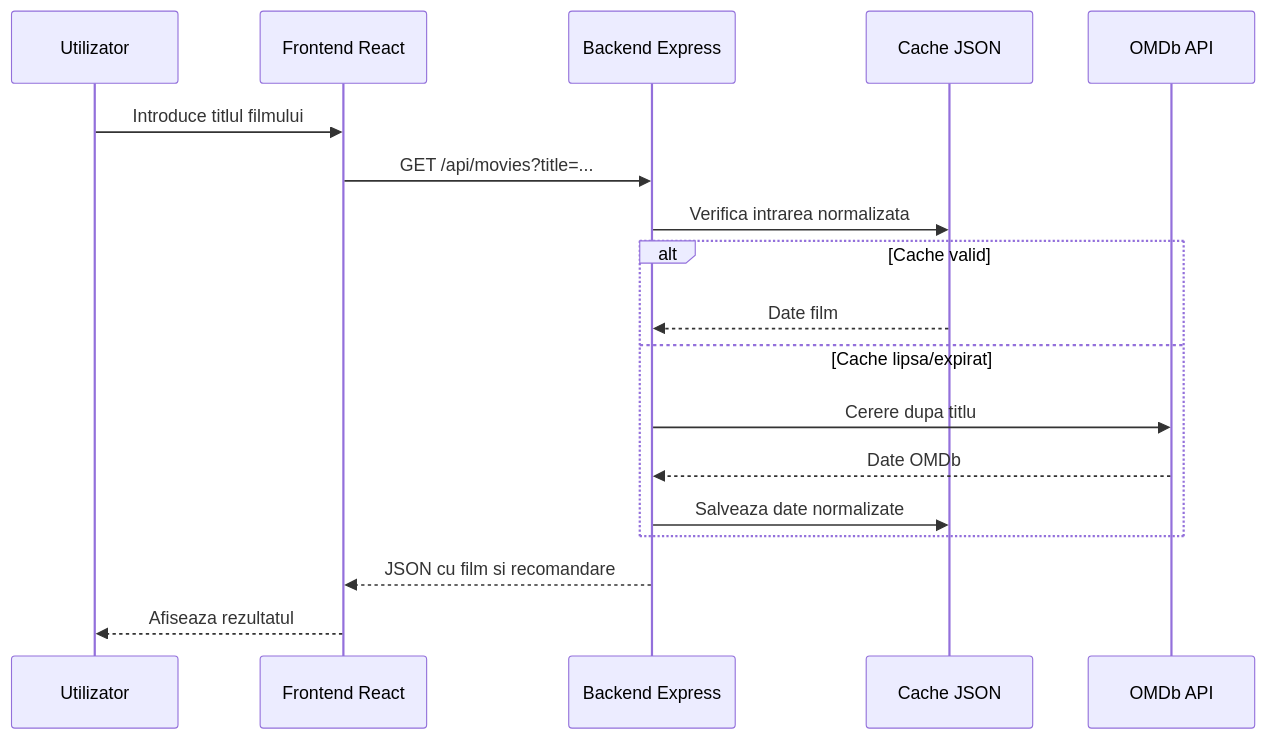
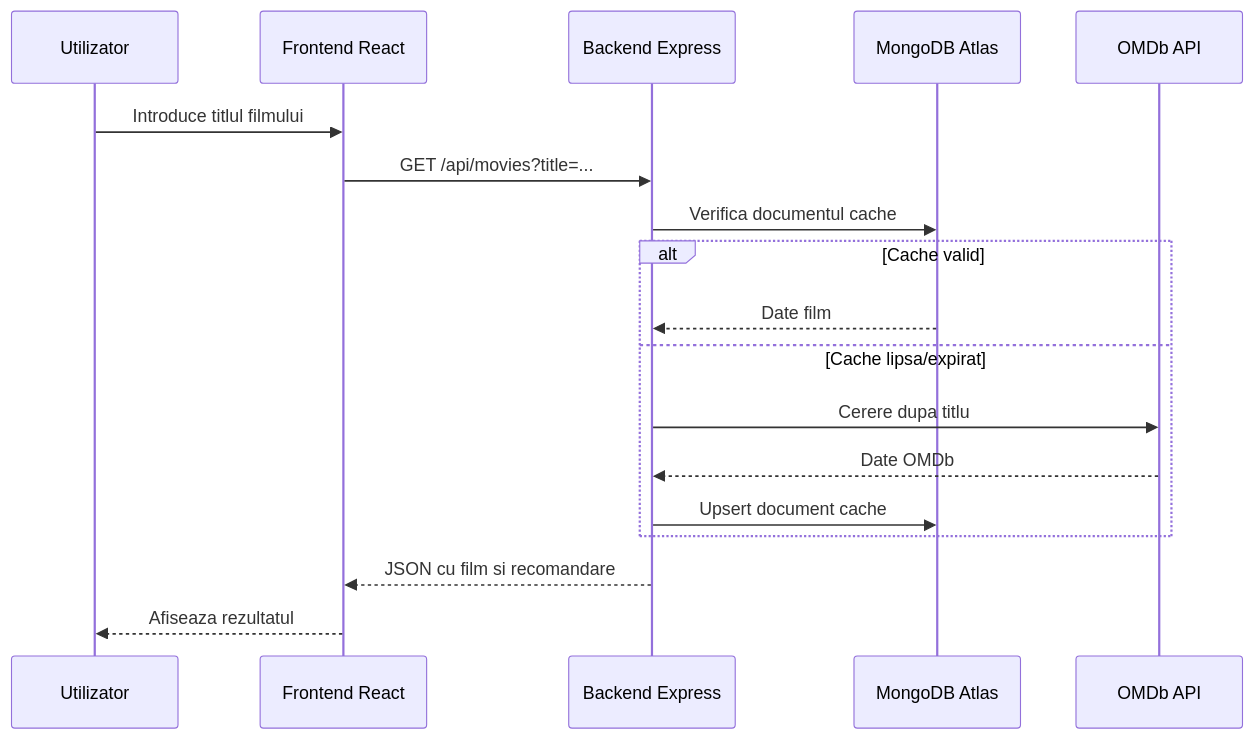
Before and after one commit to Alex71Ncov/AuraCinema: the fourth of 4 diagrams in docs/documentatie.md, drawn with Mermaid. The commit also changed other lines of this file and 25 other files, not shown here.

````diff
--- a/docs/documentatie.md
+++ b/docs/documentatie.md
@@ -79,21 +78,21 @@
 ```mermaid
 sequenceDiagram
   participant U as Utilizator
   participant F as Frontend React
   participant B as Backend Express
-  participant C as Cache JSON
+  participant C as MongoDB Atlas
   participant O as OMDb API
 
   U->>F: Introduce titlul filmului
   F->>B: GET /api/movies?title=...
-  B->>C: Verifica intrarea normalizata
+  B->>C: Verifica documentul cache
   alt Cache valid
     C-->>B: Date film
   else Cache lipsa/expirat
     B->>O: Cerere dupa titlu
     O-->>B: Date OMDb
-    B->>C: Salveaza date normalizate
+    B->>C: Upsert document cache
   end
   B-->>F: JSON cu film si recomandare
   F-->>U: Afiseaza rezultatul
 ```
````
